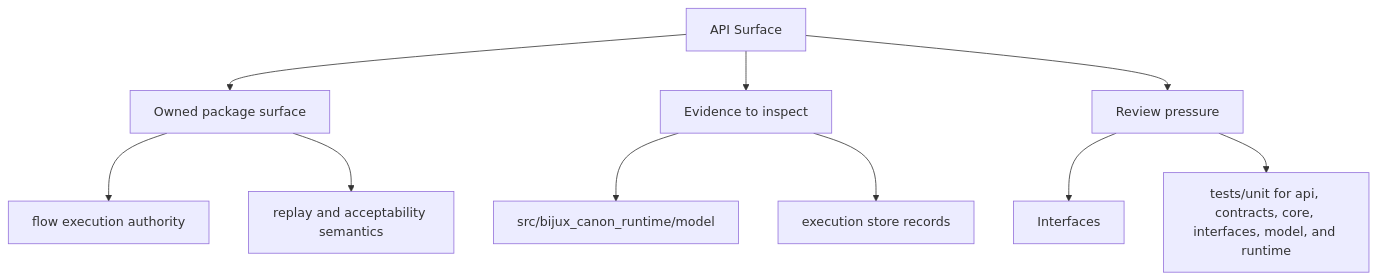
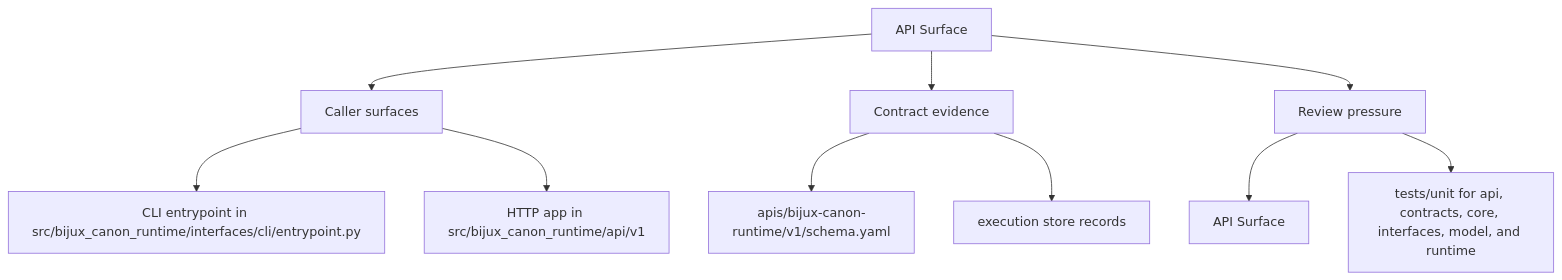
Before and after one commit to bijux/bijux-canon: the second of 2 diagrams in docs/bijux-canon-runtime/interfaces/api-surface.md, drawn with Mermaid. The commit also changed other lines of this file and 250 other files, not shown here.

Commit message:
docs(diagrams): make product page maps more readable

````diff
--- a/docs/bijux-canon-runtime/interfaces/api-surface.md
+++ b/docs/bijux-canon-runtime/interfaces/api-surface.md
@@ -35,22 +35,22 @@
 ```mermaid
 flowchart TD
     page["API Surface"]
-    focus1["Owned package surface"]
+    focus1["Caller surfaces"]
     page --> focus1
-    focus1_1["flow execution authority"]
+    focus1_1["CLI entrypoint in src/bijux_canon_runtime/interfaces/cli/entrypoint.py"]
     focus1 --> focus1_1
-    focus1_2["replay and acceptability semantics"]
+    focus1_2["HTTP app in src/bijux_canon_runtime/api/v1"]
     focus1 --> focus1_2
-    focus2["Evidence to inspect"]
+    focus2["Contract evidence"]
     page --> focus2
-    focus2_1["src/bijux_canon_runtime/model"]
+    focus2_1["apis/bijux-canon-runtime/v1/schema.yaml"]
     focus2 --> focus2_1
     focus2_2["execution store records"]
     focus2 --> focus2_2
     focus3["Review pressure"]
     page --> focus3
-    focus3_1["Interfaces"]
+    focus3_1["API Surface"]
     focus3 --> focus3_1
     focus3_2["tests/unit for api, contracts, core, interfaces, model, and runtime"]
     focus3 --> focus3_2
 ```
````
